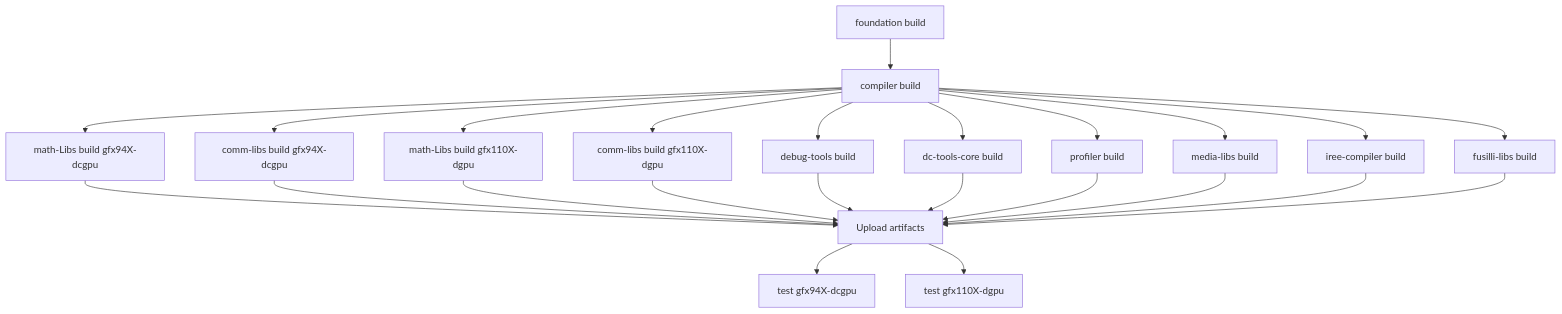
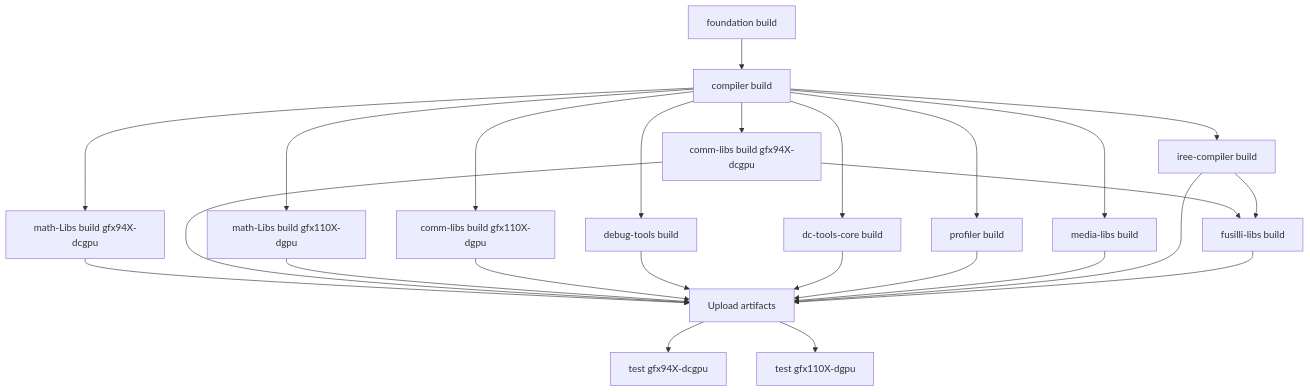
The first of 3 diagrams in docs/development/ci_overview.md (ROCm/TheRock), drawn with Mermaid before and after one commit.

Commit message:
clarity for fusilli

````diff
--- a/docs/development/ci_overview.md
+++ b/docs/development/ci_overview.md
@@ -19,26 +19,27 @@
 ```mermaid
 graph TD
     A[foundation build] --> B[compiler build]
     B --> C1[math-Libs build gfx94X-dcgpu]
     B --> C2[comm-libs build gfx94X-dcgpu]
     B --> C3[math-Libs build gfx110X-dgpu]
     B --> C4[comm-libs build gfx110X-dgpu]
     B --> C5[debug-tools build]
     B --> C6[dc-tools-core build]
     B --> C7[profiler build]
     B --> C8[media-libs build]
     B --> C9[iree-compiler build]
-    B --> C10[fusilli-libs build]
+    C2 --> C10[fusilli-libs build]
+    C9 --> C10[fusilli-libs build]
     C1 --> D[Upload artifacts]
     C2 --> D[Upload artifacts]
     C3 --> D[Upload artifacts]
     C4 --> D[Upload artifacts]
     C5 --> D[Upload artifacts]
     C6 --> D[Upload artifacts]
     C7 --> D[Upload artifacts]
     C8 --> D[Upload artifacts]
     C9 --> D[Upload artifacts]
     C10 --> D[Upload artifacts]
     D --> E1[test gfx94X-dcgpu]
     D --> E2[test gfx110X-dgpu]
 ```
````
